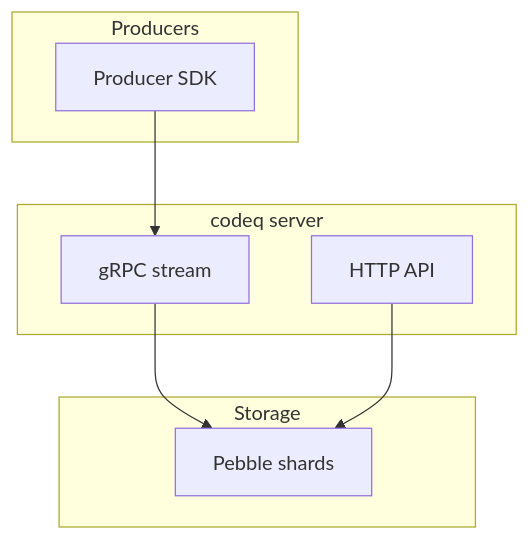
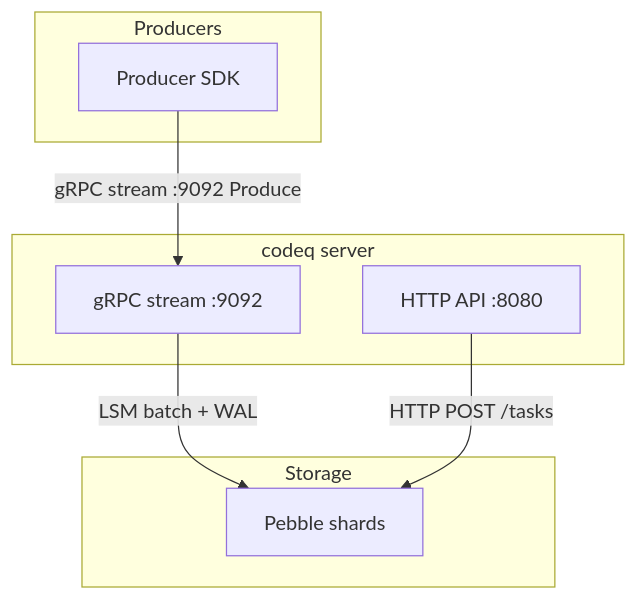
One commit to osvaldoandrade/codeq changed the third of 5 diagrams in docs/_STYLE.md. Above: the diagram before and after it, drawn with Mermaid. The commit also changed other lines of this file, not shown here.

````diff
--- a/docs/_STYLE.md
+++ b/docs/_STYLE.md
@@ -167,16 +273,16 @@
 ```mermaid
 graph TB
   subgraph Producers
     P1[Producer SDK]
   end
   subgraph Server[codeq server]
-    HTTP[HTTP API]
-    GRPC[gRPC stream]
+    HTTP[HTTP API :8080]
+    GRPC[gRPC stream :9092]
   end
   subgraph Storage
     PEB[Pebble shards]
   end
-  P1 --> GRPC
-  GRPC --> PEB
-  HTTP --> PEB
+  P1 -- "gRPC stream :9092 Produce" --> GRPC
+  GRPC -- "LSM batch + WAL" --> PEB
+  HTTP -- "HTTP POST /tasks" --> PEB
 ```
````
